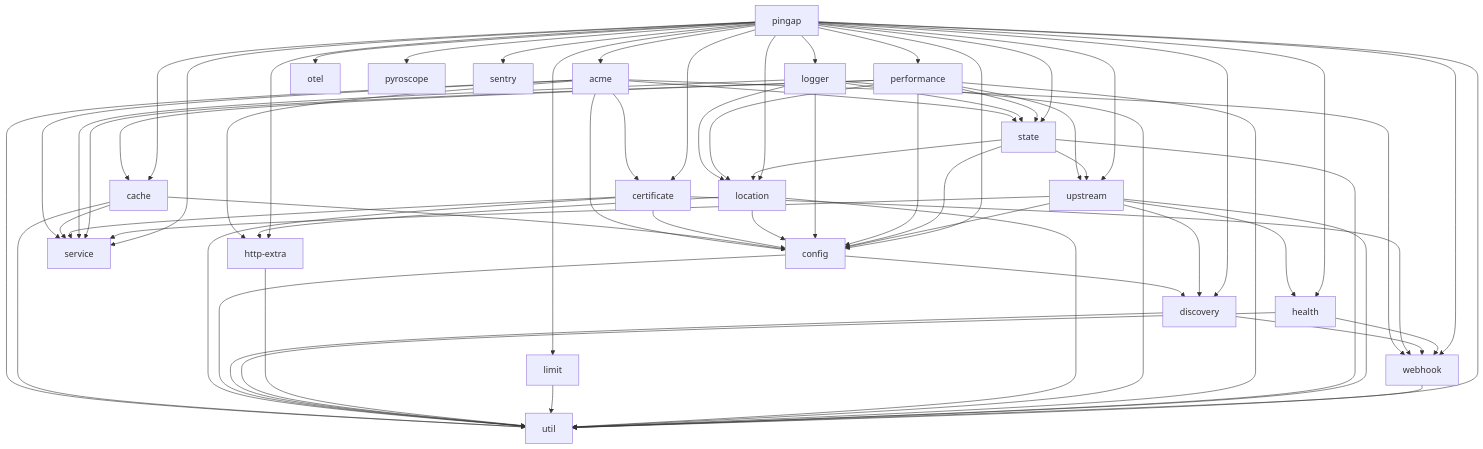
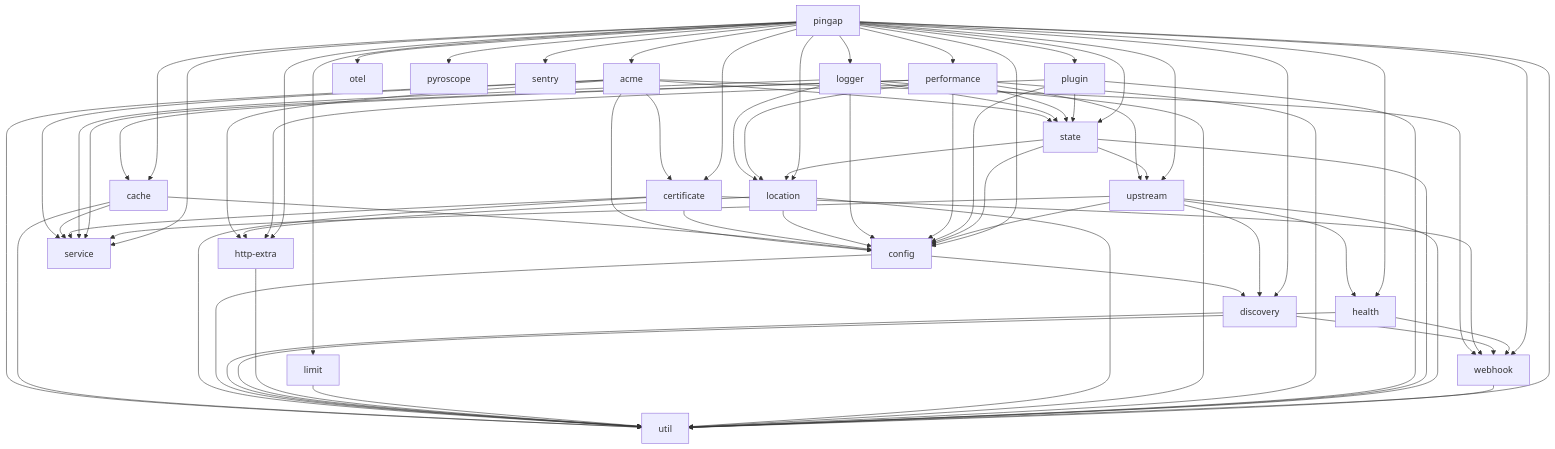
The diagram in docs/modules.md (vicanso/pingap), drawn with Mermaid before and after one commit. The commit also changed 26 other files, not shown here.

```diff
--- a/docs/modules.md
+++ b/docs/modules.md
@@ -50,6 +50,11 @@
     performance --> upstream
     performance --> util
 
+    plugin --> config
+    plugin --> http-extra
+    plugin --> state
+    plugin --> util
+
     state --> config
     state --> location
     state --> upstream
@@ -75,6 +80,7 @@
     pingap --> logger
     pingap --> otel
     pingap --> performance
+    pingap --> plugin
     pingap --> pyroscope
     pingap --> sentry
     pingap --> service
```
